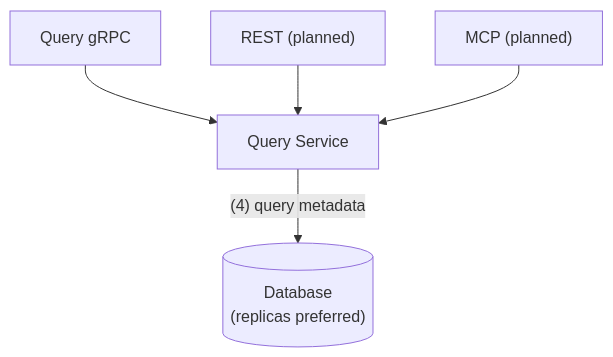
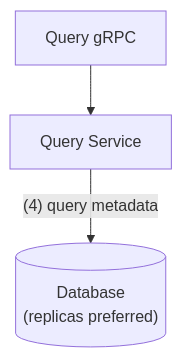
One commit to y-scope/metalog changed the second of 3 diagrams in docs/concepts/overview.md. Above: the diagram before and after it, drawn with Mermaid. The commit also changed other lines of this file and 4 other files, not shown here.

First line of the commit message:
docs: standardize planned features with Roadmap callouts

````diff
--- a/docs/concepts/overview.md
+++ b/docs/concepts/overview.md
@@ -45,13 +45,9 @@
 ```mermaid
 graph TD
     QueryGRPC["Query gRPC"]
-    QueryREST["REST (planned)"]
-    QueryMCP["MCP (planned)"]
     QS["Query Service"]
     DB[("Database<br/>(replicas preferred)")]
 
     QueryGRPC --> QS
-    QueryREST --> QS
-    QueryMCP --> QS
     QS -->|"(4) query metadata"| DB
 ```
````
